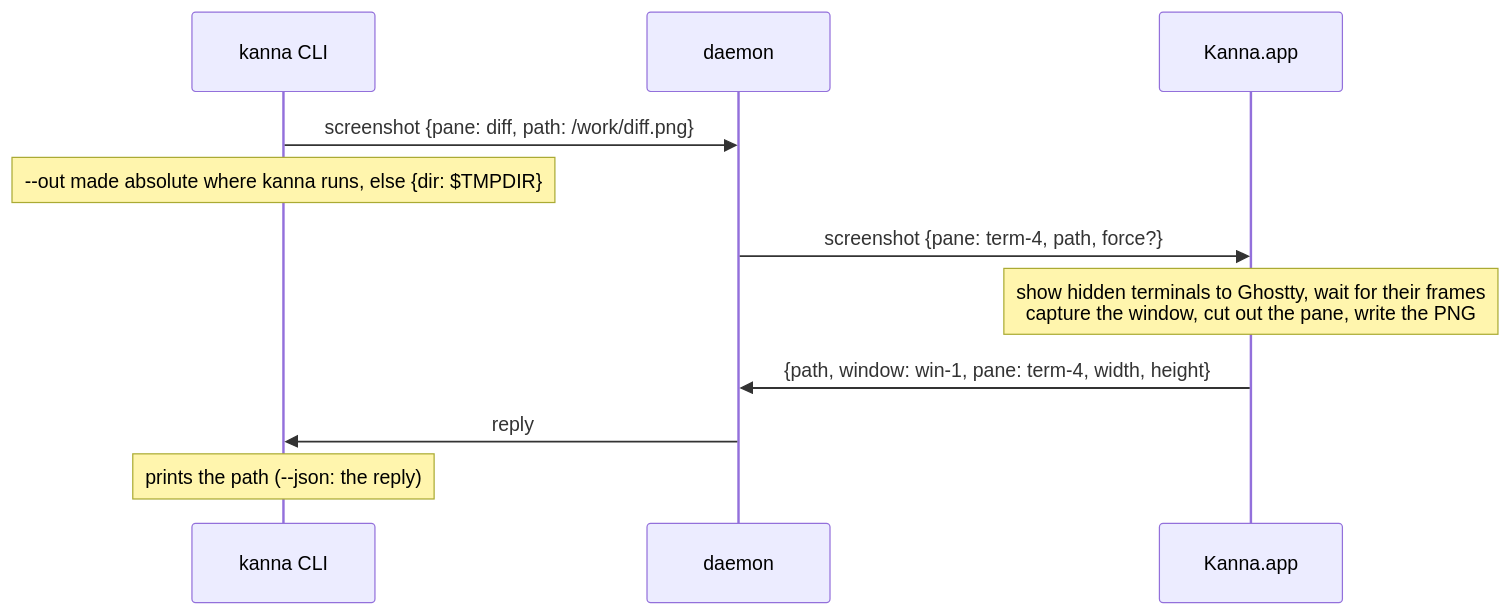
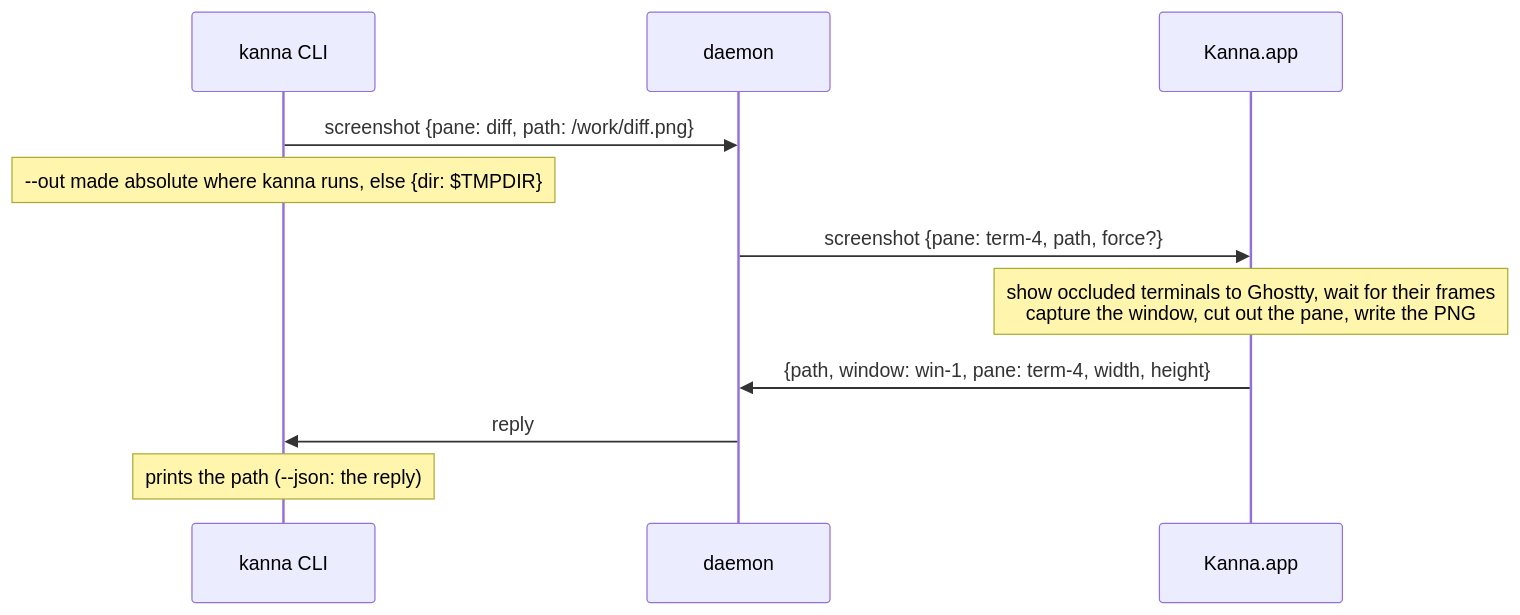
One commit to tampopogk/kanna changed the first of 2 diagrams in docs/specs/screenshot.md. Above: the diagram before and after it, drawn with Mermaid. The commit also changed other lines of this file and 10 other files, not shown here.

````diff
--- a/docs/specs/screenshot.md
+++ b/docs/specs/screenshot.md
@@ -47,13 +56,13 @@
 ```mermaid
 sequenceDiagram
     participant C as kanna CLI
     participant D as daemon
     participant A as Kanna.app
     C->>D: screenshot {pane: diff, path: /work/diff.png}
     Note over C: --out made absolute where kanna runs, else {dir: $TMPDIR}
     D->>A: screenshot {pane: term-4, path, force?}
-    Note over A: show hidden terminals to Ghostty, wait for their frames<br/>capture the window, cut out the pane, write the PNG
+    Note over A: show occluded terminals to Ghostty, wait for their frames<br/>capture the window, cut out the pane, write the PNG
     A->>D: {path, window: win-1, pane: term-4, width, height}
     D->>C: reply
     Note over C: prints the path (--json: the reply)
 ```
````
